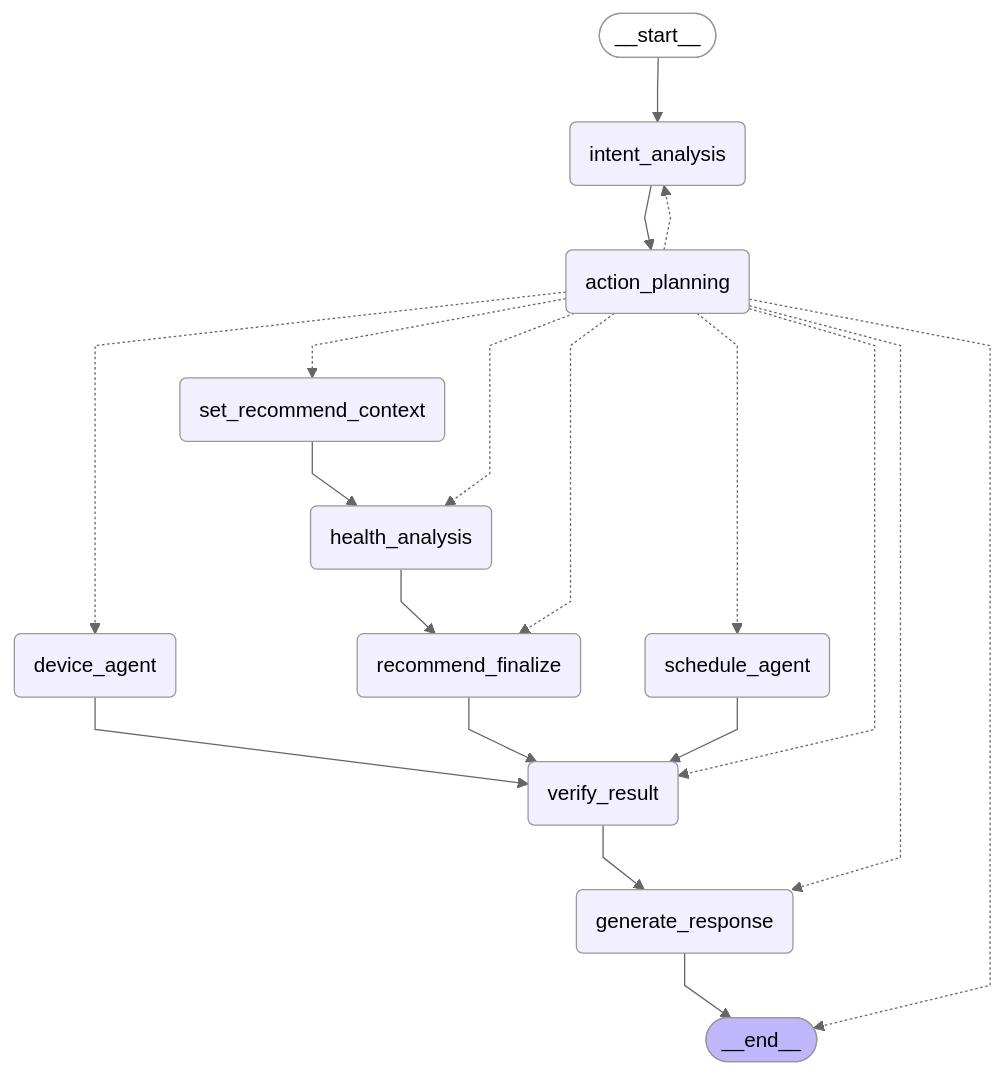
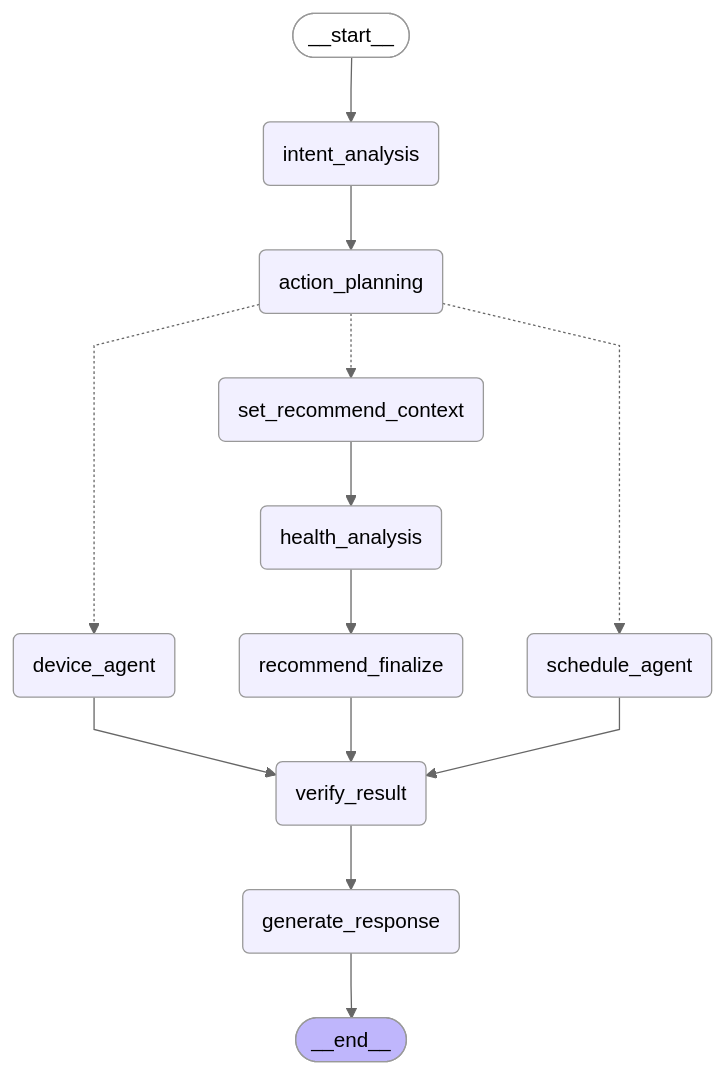
One commit to sogang-radai/wave-home-agent changed the diagram in docs/graphs/action_graph.mmd. Above: the diagram before and after it, drawn with Mermaid (neutral theme). The commit also changed 15 other files, not shown here.

First line of the commit message:
fix: keep legacy LangGraph flows working on upgraded langgraph/langchain-google-genai

```diff
--- a/docs/graphs/action_graph.mmd
+++ b/docs/graphs/action_graph.mmd
@@ -1,38 +1,32 @@
 ---
 config:
   flowchart:
     curve: linear
 ---
 graph TD;
 	__start__([<p>__start__</p>]):::first
 	intent_analysis(intent_analysis)
 	action_planning(action_planning)
 	device_agent(device_agent)
 	schedule_agent(schedule_agent)
 	set_recommend_context(set_recommend_context)
 	health_analysis(health_analysis)
 	recommend_finalize(recommend_finalize)
 	verify_result(verify_result)
 	generate_response(generate_response)
 	__end__([<p>__end__</p>]):::last
 	__start__ --> intent_analysis;
+	action_planning -.-> device_agent;
+	action_planning -.-> schedule_agent;
+	action_planning -.-> set_recommend_context;
 	device_agent --> verify_result;
-	generate_response --> __end__;
 	health_analysis --> recommend_finalize;
 	intent_analysis --> action_planning;
 	recommend_finalize --> verify_result;
 	schedule_agent --> verify_result;
 	set_recommend_context --> health_analysis;
 	verify_result --> generate_response;
-	action_planning -.-> intent_analysis;
-	action_planning -.-> device_agent;
-	action_planning -.-> schedule_agent;
-	action_planning -.-> set_recommend_context;
-	action_planning -.-> health_analysis;
-	action_planning -.-> recommend_finalize;
-	action_planning -.-> verify_result;
-	action_planning -.-> generate_response;
-	action_planning -.-> __end__;
+	generate_response --> __end__;
 	classDef default fill:#f2f0ff,line-height:1.2
 	classDef first fill-opacity:0
 	classDef last fill:#bfb6fc
```
